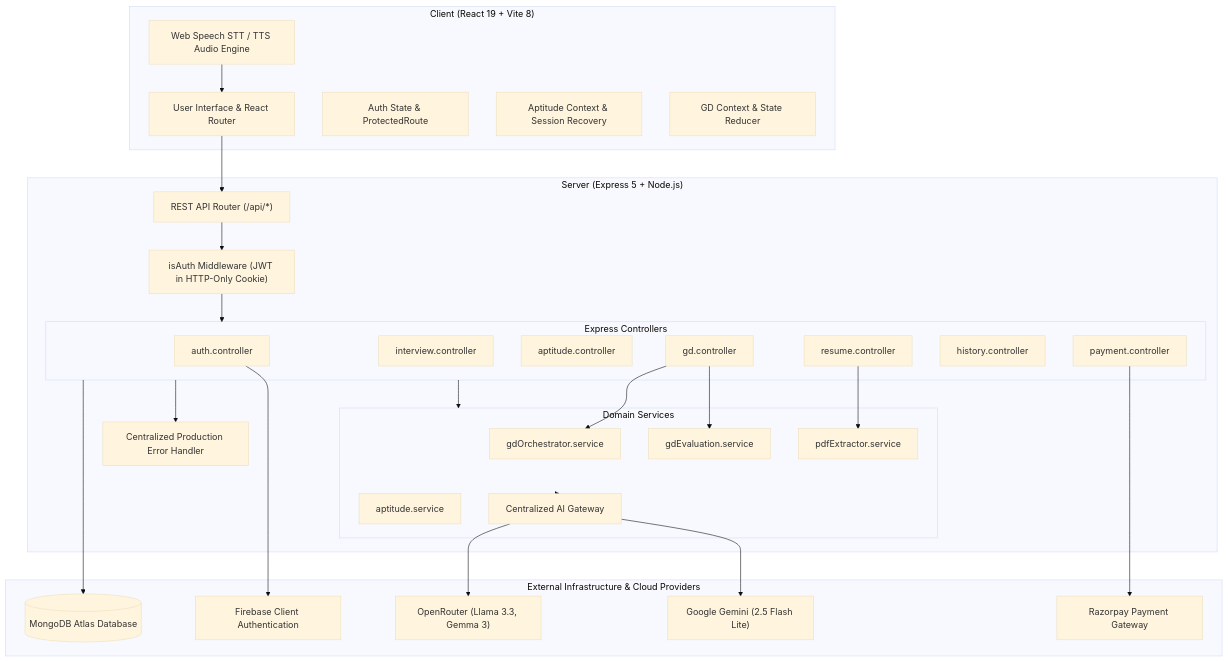
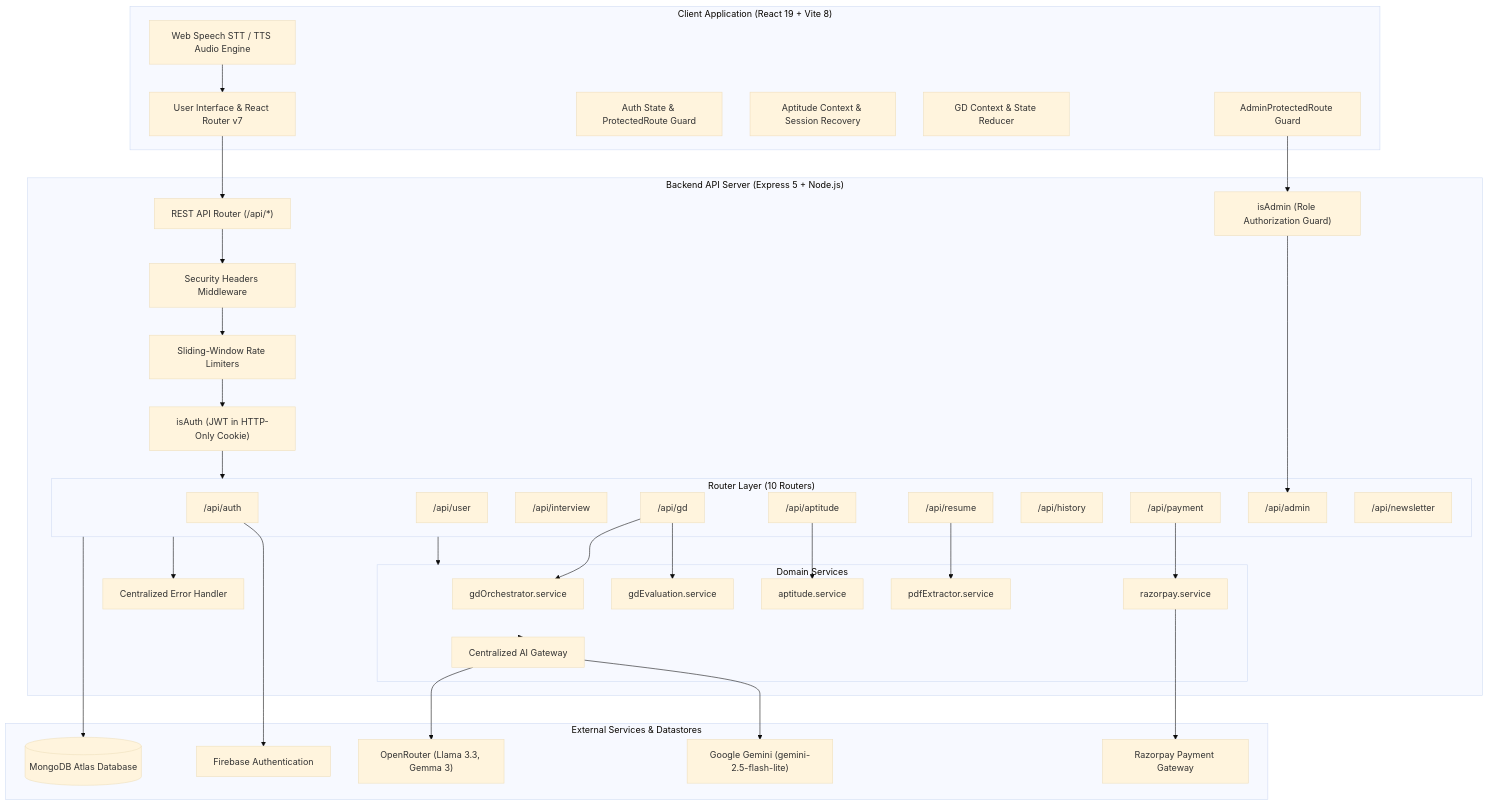
One commit to lucky5111397/Intellivora changed the diagram in README.md. Above: the diagram before and after it, drawn with Mermaid (base theme). The commit also changed other lines of this file and 167 other files, not shown here.

````diff
--- a/README.md
+++ b/README.md
@@ -126,59 +190,73 @@
 ```mermaid
 flowchart TD
-    subgraph Client["Client (React 19 + Vite 8)"]
-        UI["User Interface & React Router"]
-        AuthCtx["Auth State & ProtectedRoute"]
+    subgraph Client["Client Application (React 19 + Vite 8)"]
+        UI["User Interface & React Router v7"]
+        AuthCtx["Auth State & ProtectedRoute Guard"]
         AudioEngine["Web Speech STT / TTS Audio Engine"]
         AptCtx["Aptitude Context & Session Recovery"]
         GDCtx["GD Context & State Reducer"]
+        AdminGuard["AdminProtectedRoute Guard"]
     end
 
-    subgraph Server["Server (Express 5 + Node.js)"]
+    subgraph Server["Backend API Server (Express 5 + Node.js)"]
         API["REST API Router (/api/*)"]
-        AuthMW["isAuth Middleware (JWT in HTTP-Only Cookie)"]
-        ErrMW["Centralized Production Error Handler"]
-        
-        subgraph Controllers["Express Controllers"]
-            AC["auth.controller"]
-            IC["interview.controller"]
-            ApC["aptitude.controller"]
-            RC["resume.controller"]
-            GDC["gd.controller"]
-            HC["history.controller"]
-            PC["payment.controller"]
+        SecHeaders["Security Headers Middleware"]
+        RateLimiter["Sliding-Window Rate Limiters"]
+        AuthMW["isAuth (JWT in HTTP-Only Cookie)"]
+        AdminMW["isAdmin (Role Authorization Guard)"]
+        ErrMW["Centralized Error Handler"]
+
+        subgraph Routers["Router Layer (10 Routers)"]
+            rAuth["/api/auth"]
+            rUser["/api/user"]
+            rInt["/api/interview"]
+            rGD["/api/gd"]
+            rApt["/api/aptitude"]
+            rRes["/api/resume"]
+            rHist["/api/history"]
+            rPay["/api/payment"]
+            rAdmin["/api/admin"]
+            rNews["/api/newsletter"]
         end
 
         subgraph Services["Domain Services"]
             GDOpt["gdOrchestrator.service"]
             GDEval["gdEvaluation.service"]
             AptSvc["aptitude.service"]
             PDFSvc["pdfExtractor.service"]
             AIGateway["Centralized AI Gateway"]
+            RazorpaySvc["razorpay.service"]
         end
     end
 
-    subgraph External["External Infrastructure & Cloud Providers"]
+    subgraph External["External Services & Datastores"]
         Mongo[("MongoDB Atlas Database")]
-        Firebase["Firebase Client Authentication"]
+        Firebase["Firebase Authentication"]
         OpenRouter["OpenRouter (Llama 3.3, Gemma 3)"]
-        Gemini["Google Gemini (2.5 Flash Lite)"]
+        Gemini["Google Gemini (gemini-2.5-flash-lite)"]
         Razorpay["Razorpay Payment Gateway"]
     end
 
     UI --> API
     AudioEngine --> UI
-    API --> AuthMW
-    AuthMW --> Controllers
-    Controllers --> Services
-    Controllers --> ErrMW
+    API --> SecHeaders
+    SecHeaders --> RateLimiter
+    RateLimiter --> AuthMW
+    AuthMW --> Routers
+    AdminGuard --> AdminMW
+    AdminMW --> rAdmin
+    Routers --> Services
+    Routers --> ErrMW
 
-    AC --> Firebase
-    Controllers --> Mongo
-    RC --> PDFSvc
-    GDC --> GDOpt
-    GDC --> GDEval
+    rAuth --> Firebase
+    Routers --> Mongo
+    rRes --> PDFSvc
+    rGD --> GDOpt
+    rGD --> GDEval
+    rApt --> AptSvc
     Services --> AIGateway
     AIGateway --> OpenRouter
     AIGateway --> Gemini
-    PC --> Razorpay
+    rPay --> RazorpaySvc
+    RazorpaySvc --> Razorpay
 ```
````
